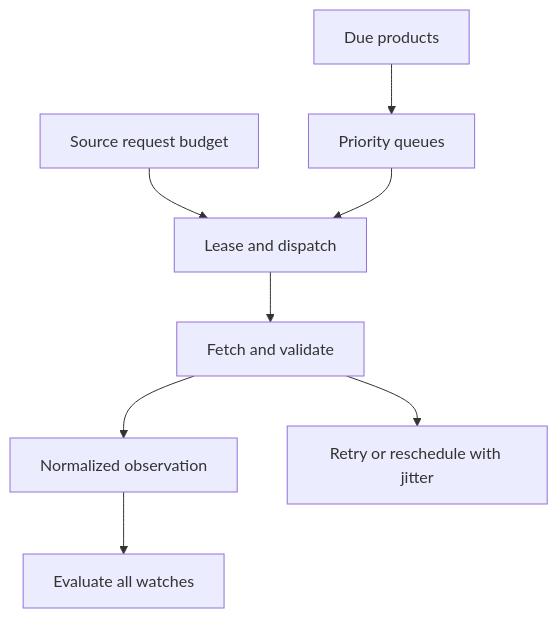
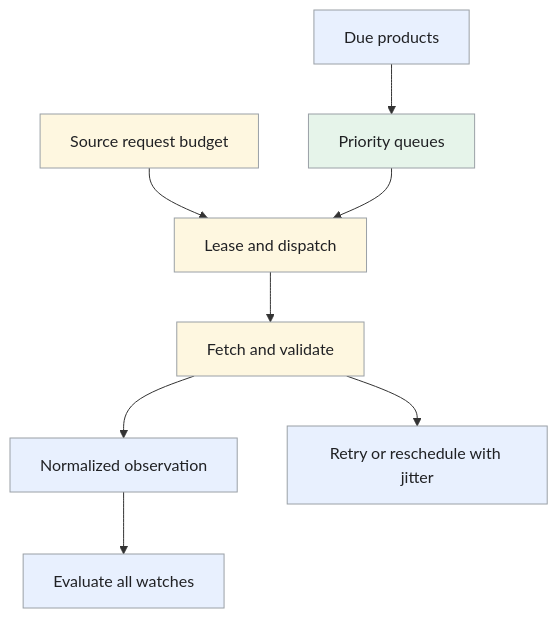
One commit to iliazlobin/iliazlobin.github.io changed the third of 3 diagrams in _designs/system-design-camelcamelcamel.md. Above: the diagram before and after it, drawn with Mermaid. The commit also changed other lines of this file and 20 other files, not shown here.

Commit message:
Improve design flows, tradeoffs, and technology references

````diff
--- a/_designs/system-design-camelcamelcamel.md
+++ b/_designs/system-design-camelcamelcamel.md
@@ -221,10 +252,16 @@
 ```mermaid
 flowchart TB
   D["Due products"] --> Q["Priority queues"]
   B["Source request budget"] --> S["Lease and dispatch"]
   Q --> S
   S --> F["Fetch and validate"]
   F --> O["Normalized observation"]
   O --> W["Evaluate all watches"]
   F --> R["Retry or reschedule with jitter"]
+  classDef request fill:#e8f0fe,stroke:#9aa0a6,color:#202124,stroke-width:1px
+  classDef background fill:#e6f4ea,stroke:#9aa0a6,color:#202124,stroke-width:1px
+  classDef control fill:#fef7e0,stroke:#9aa0a6,color:#202124,stroke-width:1px
+  class D,O,W,R request
+  class Q background
+  class B,S,F control
 ```
````
